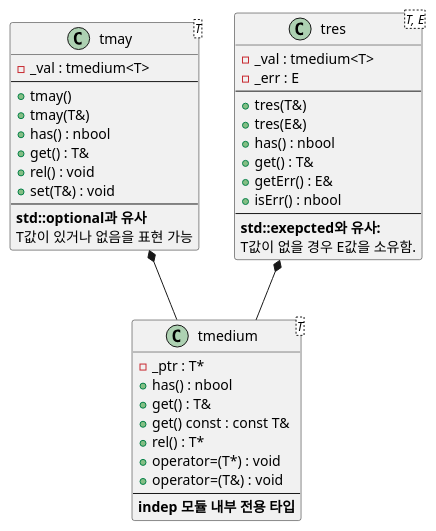
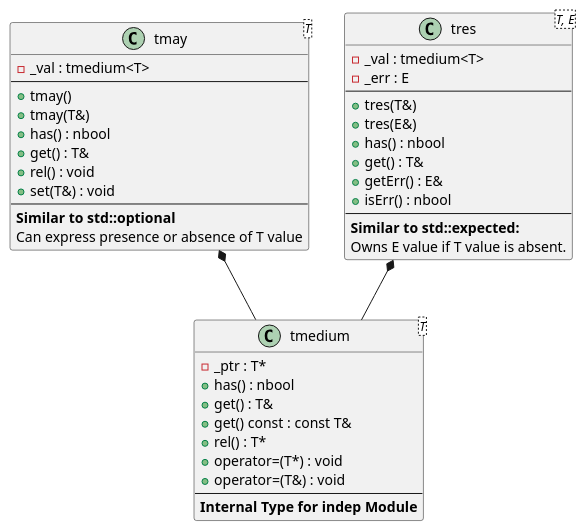
Before and after one commit to byeolang/byeol: the second of 2 diagrams in doc/ref/ko/ad-architecture-indep.md, drawn with PlantUML. The commit also changed other lines of this file and 5 other files, not shown here.

First line of the commit message:
docs: translate Korean to English in PlantUML blocks

```diff
--- a/doc/ref/ko/ad-architecture-indep.md
+++ b/doc/ref/ko/ad-architecture-indep.md
@@ -214,46 +214,46 @@
 @startuml
 class "tmedium<T>" as tmedium {
     - _ptr : T*
     + has() : nbool
     + get() : T&
     + get() const : const T&
     + rel() : T*
     + operator=(T*) : void
     + operator=(T&) : void
     --
-    <b>indep 모듈 내부 전용 타입</b>
+    <b>Internal Type for indep Module</b>
 }
 
 class "tmay<T>" as tmay {
     - _val : tmedium<T>
     --
     + tmay()
     + tmay(T&)
     + has() : nbool
     + get() : T&
     + rel() : void
     + set(T&) : void
     --
-    <b>std::optional과 유사</b>
-    T값이 있거나 없음을 표현 가능
+    <b>Similar to std::optional</b>
+    Can express presence or absence of T value
 }
 
 class "tres<T, E>" as tres {
     - _val : tmedium<T>
     - _err : E
     --
     + tres(T&)
     + tres(E&)
     + has() : nbool
     + get() : T&
     + getErr() : E&
     + isErr() : nbool
     --
-    <b>std::exepcted와 유사:</b>
-    T값이 없을 경우 E값을 소유함.
+    <b>Similar to std::expected:</b>
+    Owns E value if T value is absent.
 }
 
 tmay *-- tmedium
 tres *-- tmedium
 
 @enduml
```
